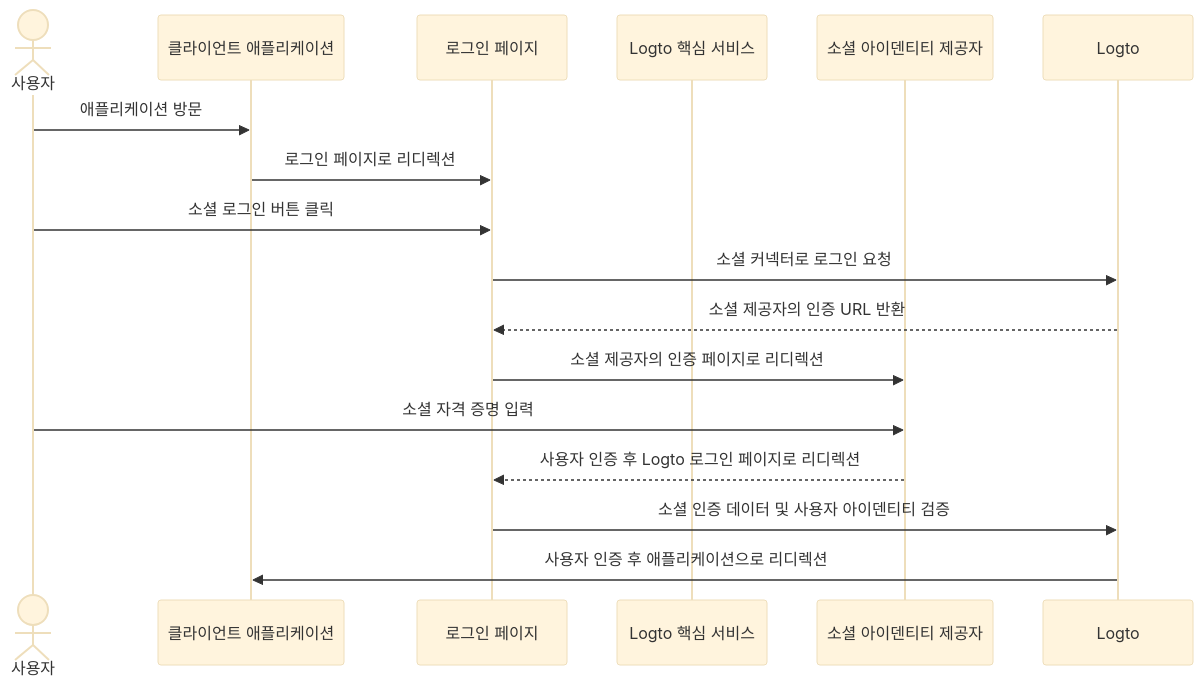
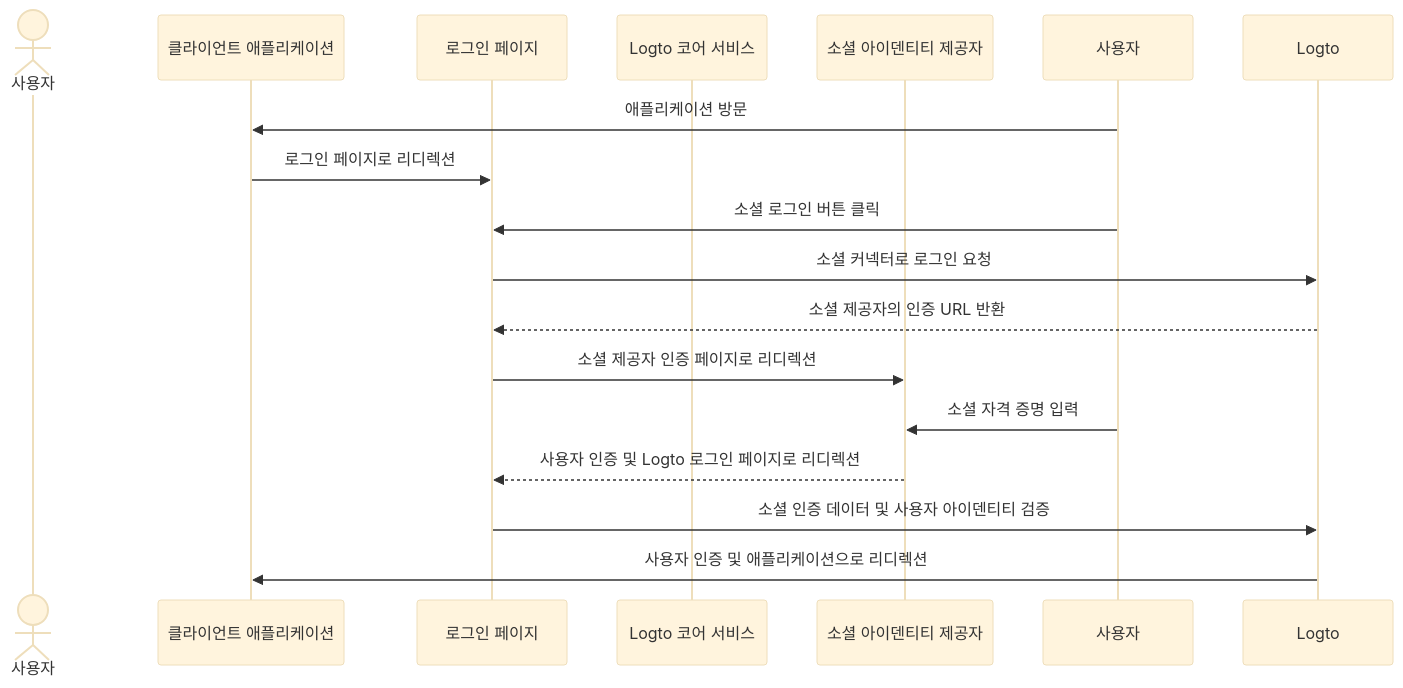
The first of 6 diagrams in i18n/ko/docusaurus-plugin-content-docs/current/end-user-flows/sign-up-and-sign-in/social-sign-in.mdx (logto-io/docs), drawn with Mermaid (base theme) before and after one commit. The commit also changed other lines of this file and 59 other files, not shown here.

````diff
--- a/i18n/ko/docusaurus-plugin-content-docs/current/end-user-flows/sign-up-and-sign-in/social-sign-in.mdx
+++ b/i18n/ko/docusaurus-plugin-content-docs/current/end-user-flows/sign-up-and-sign-in/social-sign-in.mdx
@@ -43,19 +42,19 @@
 ```mermaid
 sequenceDiagram
     actor user as 사용자
     participant app as 클라이언트 애플리케이션
     participant experience as 로그인 페이지
-    participant logto as Logto 핵심 서비스
+    participant logto as Logto 코어 서비스
     participant social as 소셜 아이덴티티 제공자
 
-    user->>app: 애플리케이션 방문
+    사용자->>app: 애플리케이션 방문
     app->>experience: 로그인 페이지로 리디렉션
-    user->>experience: 소셜 로그인 버튼 클릭
+    사용자->>experience: 소셜 로그인 버튼 클릭
     experience->>Logto: 소셜 커넥터로 로그인 요청
     Logto-->>experience: 소셜 제공자의 인증 URL 반환
-    experience->>social: 소셜 제공자의 인증 페이지로 리디렉션
-    user->>social: 소셜 자격 증명 입력
-    social-->>experience: 사용자 인증 후 Logto 로그인 페이지로 리디렉션
+    experience->>social: 소셜 제공자 인증 페이지로 리디렉션
+    사용자->>social: 소셜 자격 증명 입력
+    social-->>experience: 사용자 인증 및 Logto 로그인 페이지로 리디렉션
     experience->>Logto: 소셜 인증 데이터 및 사용자 아이덴티티 검증
-    Logto->>app: 사용자 인증 후 애플리케이션으로 리디렉션
+    Logto->>app: 사용자 인증 및 애플리케이션으로 리디렉션
 ```
````
